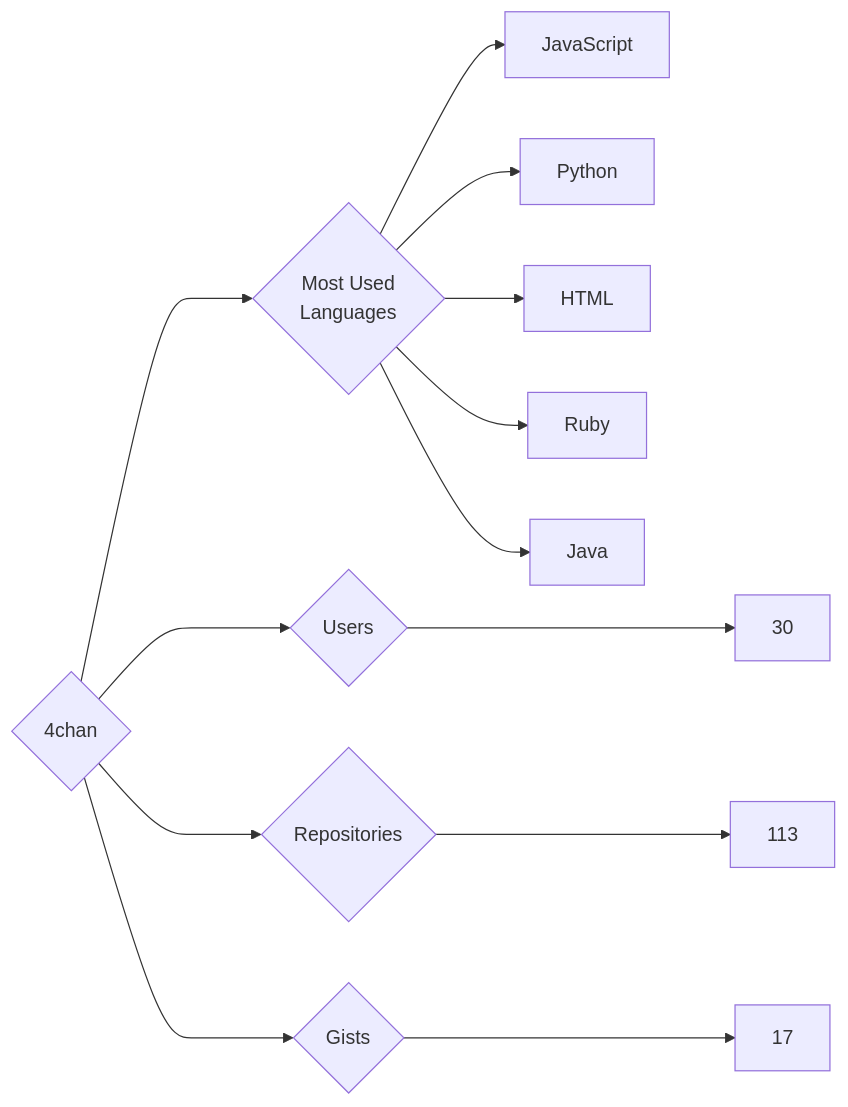
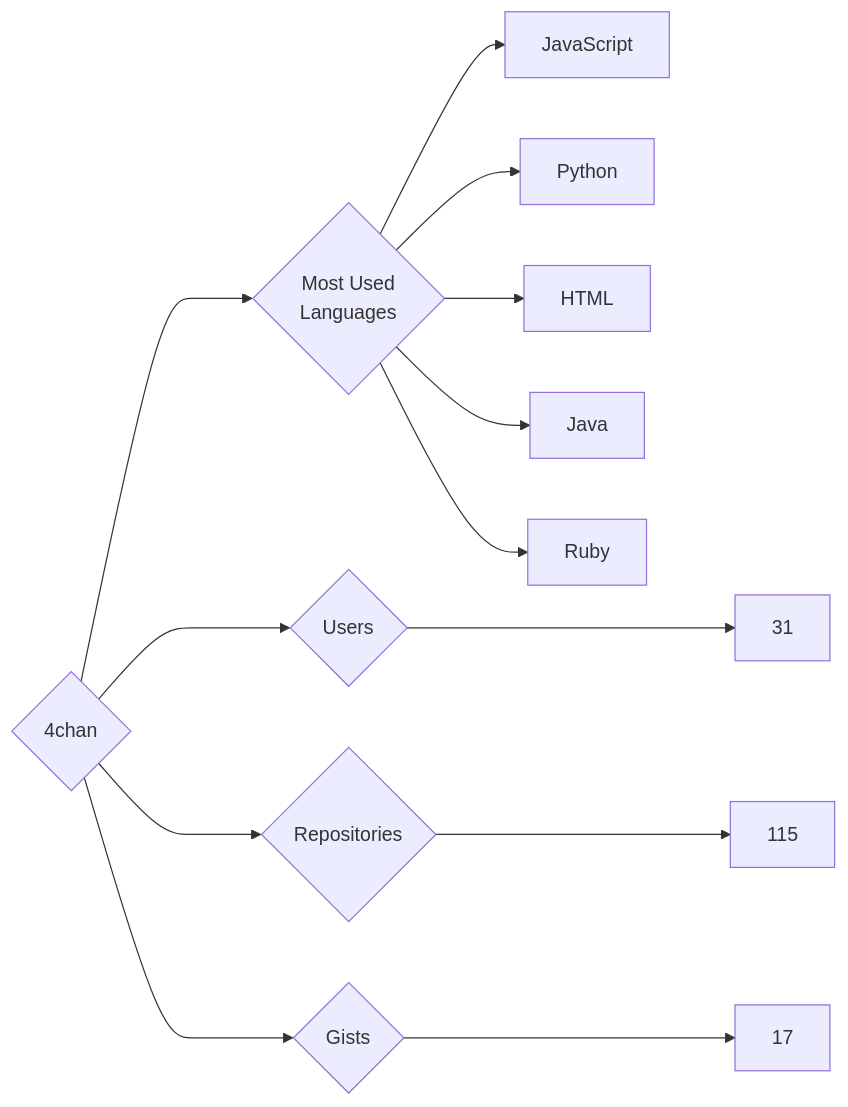
One commit to trickest/insiders changed the diagram in targets/4chan/README.md. Above: the diagram before and after it, drawn with Mermaid. The commit also changed 895 other files, not shown here.

````diff
--- a/targets/4chan/README.md
+++ b/targets/4chan/README.md
@@ -3,13 +3,13 @@
 ```mermaid
 graph LR
 COMPANY_NAME{4chan}
-COMPANY_NAME ---> U{Users} ---> UN[30]
-COMPANY_NAME ---> R{Repositories} ---> RN[113]
+COMPANY_NAME ---> U{Users} ---> UN[31]
+COMPANY_NAME ---> R{Repositories} ---> RN[115]
 COMPANY_NAME ---> G{Gists} ---> GN[17]
 COMPANY_NAME ---> ML{Most Used<br>Languages}
 ML --> JavaScript[JavaScript]
 ML --> Python[Python]
 ML --> HTML[HTML]
+ML --> Java[Java]
 ML --> Ruby[Ruby]
-ML --> Java[Java]
 ```
````
